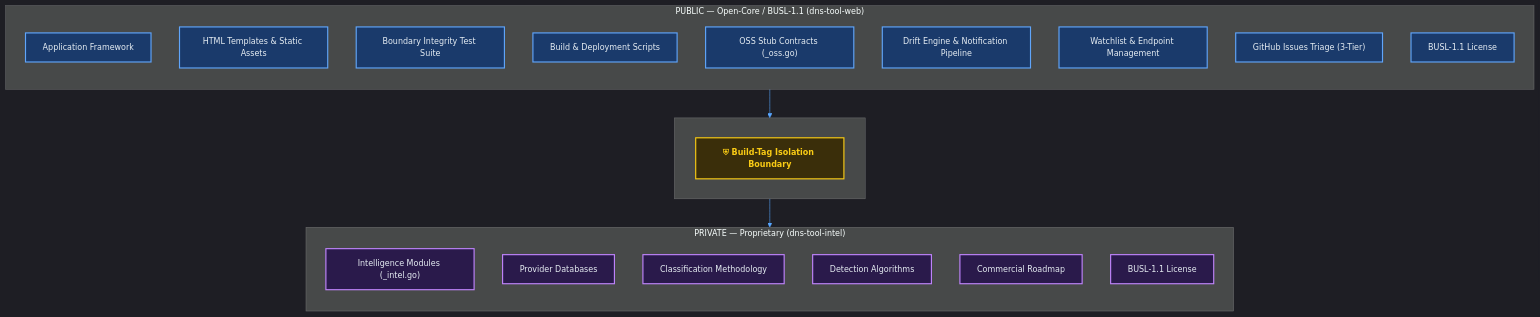
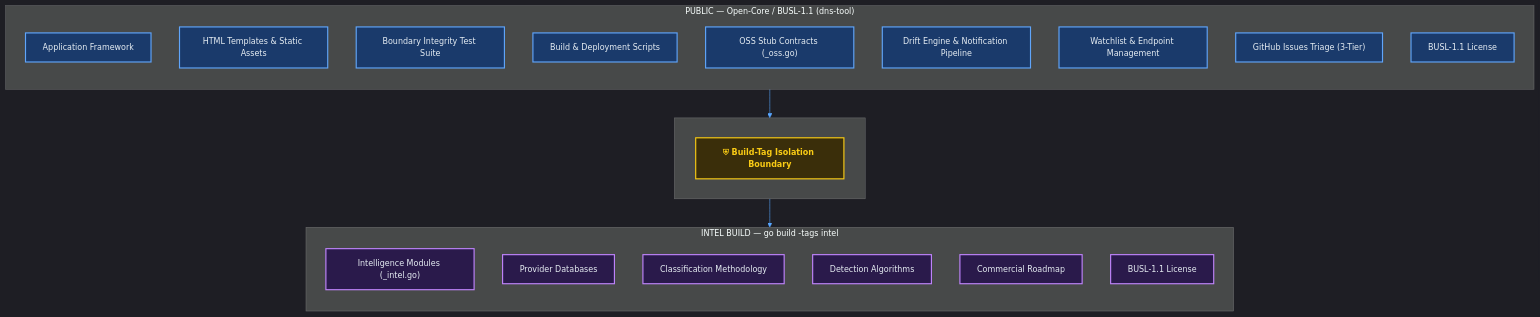
One commit to IT-Help-San-Diego/dns-tool-intel changed the diagram in docs/diagrams/open-core-architecture.mmd. Above: the diagram before and after it, drawn with Mermaid. The commit also changed 104 other files, not shown here.

```diff
--- a/docs/diagrams/open-core-architecture.mmd
+++ b/docs/diagrams/open-core-architecture.mmd
@@ -1,36 +1,36 @@
 %%{ init: { 'theme': 'dark', 'themeVariables': { 'primaryColor': '#1e3a5f', 'primaryTextColor': '#e6edf3', 'primaryBorderColor': '#58a6ff', 'lineColor': '#58a6ff', 'secondaryColor': '#0c1018', 'tertiaryColor': '#111720', 'fontSize': '14px' } } }%%
 graph TB
-    subgraph public["PUBLIC — Open-Core / BUSL-1.1 (dns-tool-web)"]
+    subgraph public["PUBLIC — Open-Core / BUSL-1.1 (dns-tool)"]
         direction TB
         FW["Application Framework"]:::blue
         TPL["HTML Templates &amp; Static Assets"]:::blue
         TEST["Boundary Integrity Test Suite"]:::blue
         BUILD["Build &amp; Deployment Scripts"]:::blue
         STUB["OSS Stub Contracts (_oss.go)"]:::blue
         DRIFT["Drift Engine &amp; Notification Pipeline"]:::blue
         WATCH["Watchlist &amp; Endpoint Management"]:::blue
         TRIAGE["GitHub Issues Triage (3-Tier)"]:::blue
         LIC1["BUSL-1.1 License"]:::blue
     end
 
     subgraph boundary[" "]
         direction LR
         WALL["⛨ Build-Tag Isolation Boundary"]:::wall
     end
 
-    subgraph private["PRIVATE — Proprietary (dns-tool-intel)"]
+    subgraph private["INTEL BUILD — go build -tags intel"]
         direction TB
         INTEL["Intelligence Modules (_intel.go)"]:::purple
         PROV["Provider Databases"]:::purple
         CLASS["Classification Methodology"]:::purple
         DETECT["Detection Algorithms"]:::purple
         ROAD["Commercial Roadmap"]:::purple
         LIC2["BUSL-1.1 License"]:::purple
     end
 
     public --> boundary
     boundary --> private
 
     classDef blue fill:#1a3a6b,stroke:#60a5fa,stroke-width:2px,color:#e6edf3
     classDef purple fill:#2a1a4b,stroke:#c084fc,stroke-width:2px,color:#e6edf3
     classDef wall fill:#3a2e0a,stroke:#facc15,stroke-width:2px,color:#facc15,font-weight:bold
```
